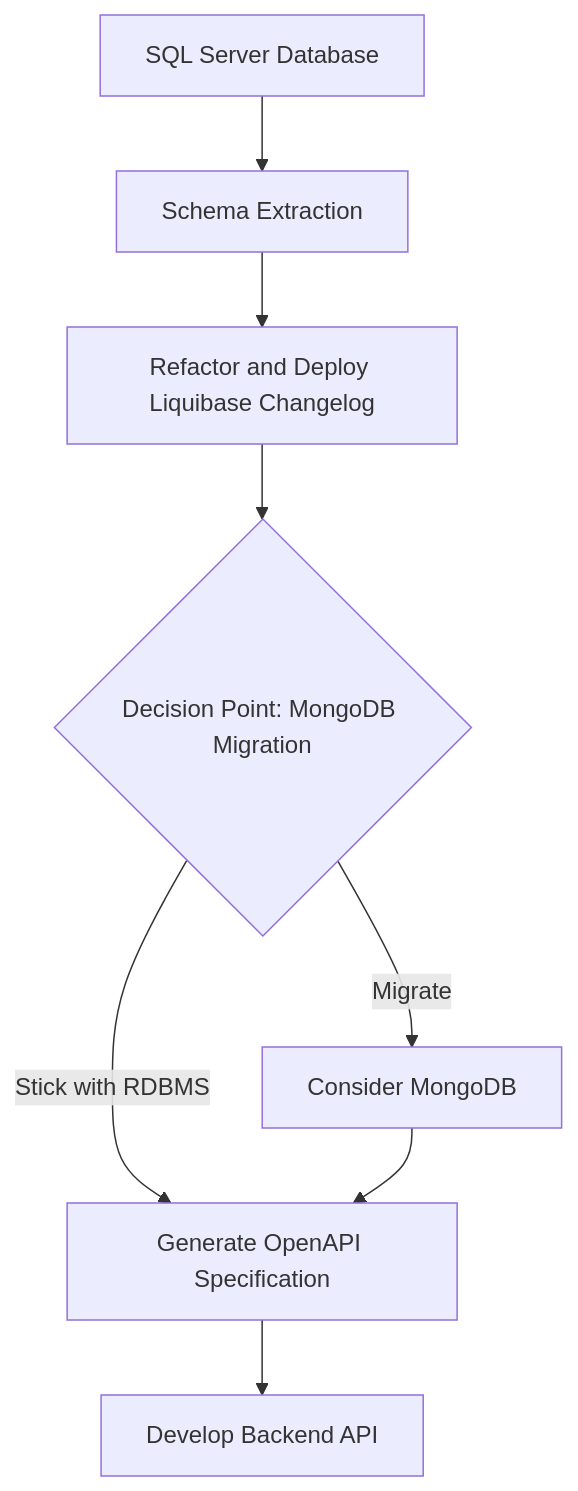
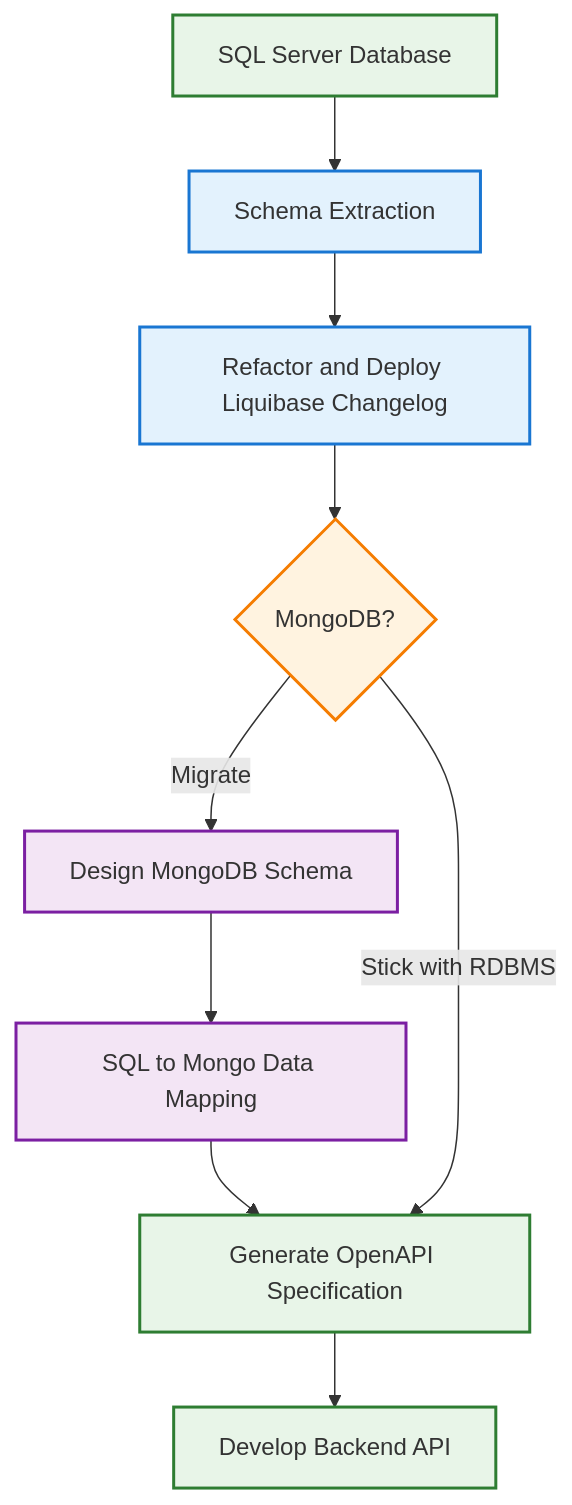
The diagram in playbook/pages/pathways/sql-server/README.md (DEFRA/defra-ai-legacy-modernisation), drawn with Mermaid before and after one commit. The commit also changed other lines of this file and 33 other files, not shown here.

```diff
--- a/playbook/pages/pathways/sql-server/README.md
+++ b/playbook/pages/pathways/sql-server/README.md
@@ -13,10 +13,23 @@
 <pre class="mermaid">
 graph TD
     A[SQL Server Database] --> B[Schema Extraction]
     B --> C[Refactor and Deploy Liquibase Changelog]
-    C --> E{Decision Point: MongoDB Migration}
-    E -->|Migrate| F[Consider MongoDB]
+    C --> E{MongoDB?}
+    E -->|Migrate| F[Design MongoDB Schema]
+    F --> G[SQL to Mongo Data Mapping]
+    G --> H[Generate OpenAPI Specification]
     E -->|Stick with RDBMS| H
-    F --> H[Generate OpenAPI Specification]
     H --> I[Develop Backend API]
+
+    classDef database fill:#e8f5e8,stroke:#2e7d32,stroke-width:2px
+    classDef process fill:#e3f2fd,stroke:#1976d2,stroke-width:2px
+    classDef mongodb fill:#f3e5f5,stroke:#7b1fa2,stroke-width:2px
+    classDef decision fill:#fff3e0,stroke:#f57c00,stroke-width:2px
+    classDef api fill:#e8f5e8,stroke:#2e7d32,stroke-width:2px
+
+    class A database
+    class B,C process
+    class F,G mongodb
+    class E decision
+    class H,I api
 </pre>
```
